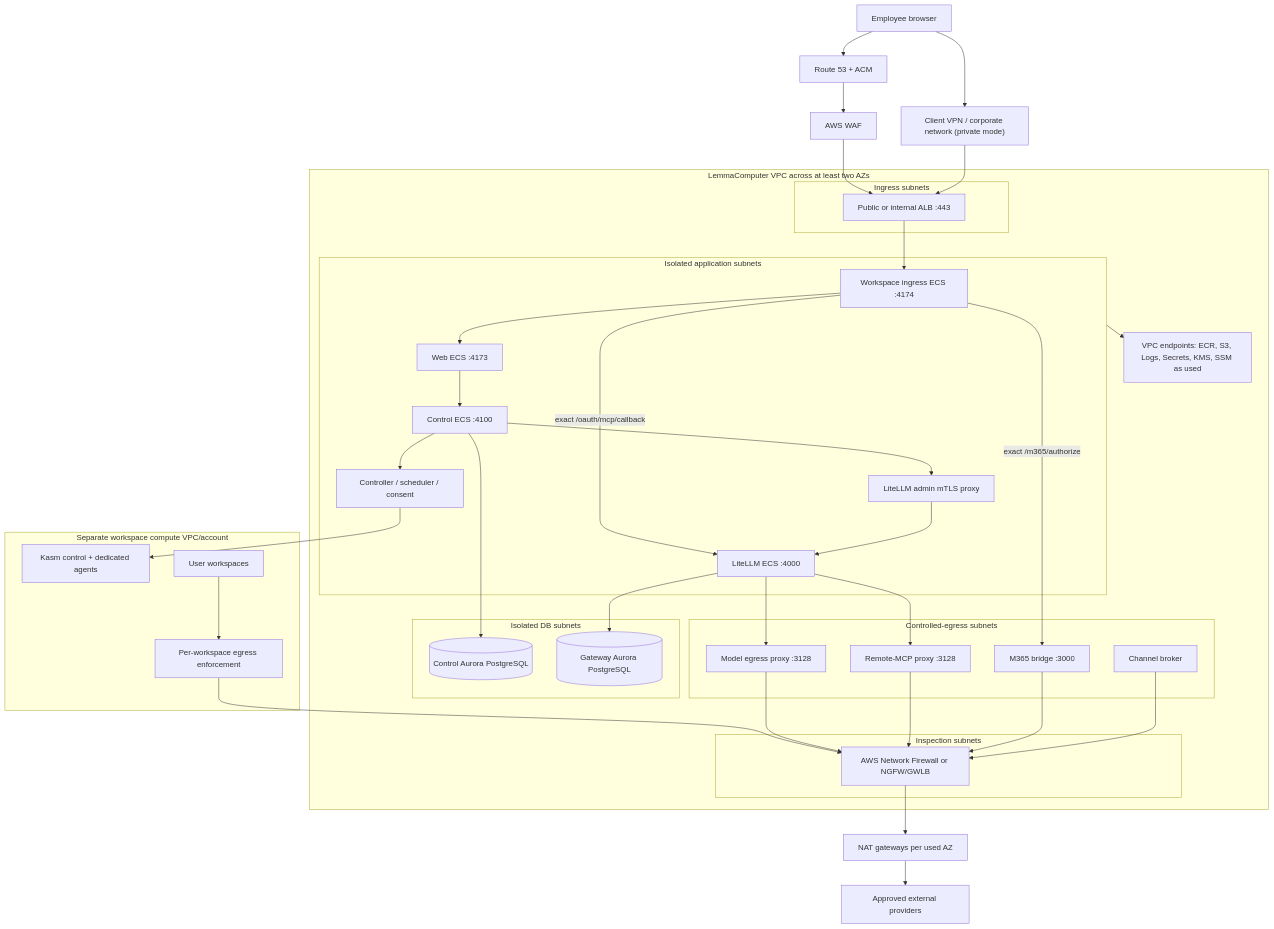
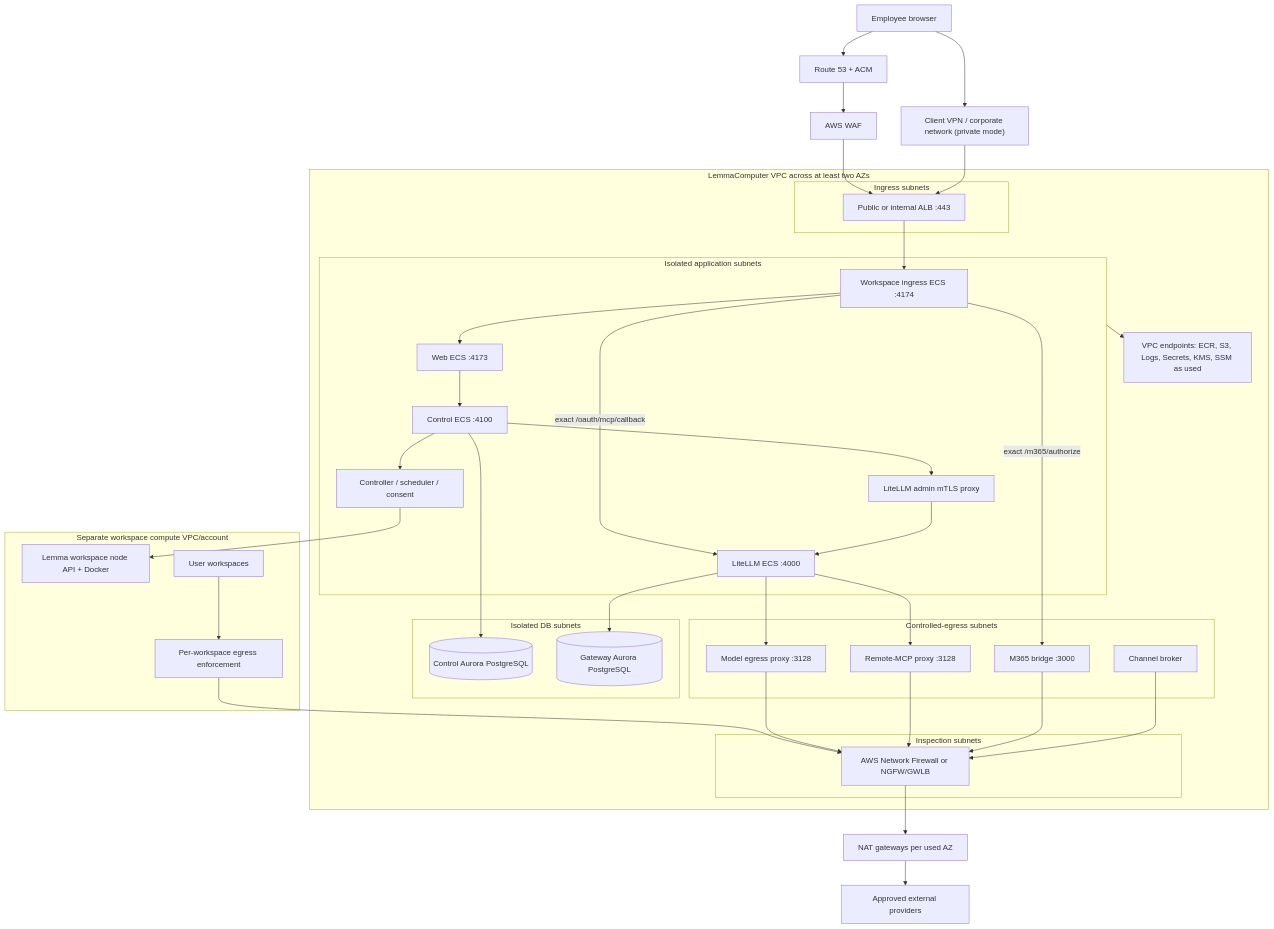
One commit to ONE-Computer/LemmaComputer changed the diagram in docs/deployment/aws-deployment.md. Above: the diagram before and after it, drawn with Mermaid. The commit also changed other lines of this file and 38 other files, not shown here.

Commit message:
feat: add remote Docker workspace nodes

````diff
--- a/docs/deployment/aws-deployment.md
+++ b/docs/deployment/aws-deployment.md
@@ -39,68 +38,68 @@
 ```mermaid
 flowchart TB
   User["Employee browser"]
   VPN["Client VPN / corporate network (private mode)"]
   DNS["Route 53 + ACM"]
   WAF["AWS WAF"]
   ALB["Public or internal ALB :443"]
 
   subgraph VPC["LemmaComputer VPC across at least two AZs"]
     subgraph IngressSubnets["Ingress subnets"]
       ALB
     end
 
     subgraph AppSubnets["Isolated application subnets"]
       Ingress["Workspace ingress ECS :4174"]
       Web["Web ECS :4173"]
       Control["Control ECS :4100"]
       Workers["Controller / scheduler / consent"]
       LiteLLM["LiteLLM ECS :4000"]
       AdminProxy["LiteLLM admin mTLS proxy"]
     end
 
     subgraph EgressSubnets["Controlled-egress subnets"]
       ModelProxy["Model egress proxy :3128"]
       McpProxy["Remote-MCP proxy :3128"]
       M365["M365 bridge :3000"]
       Channel["Channel broker"]
     end
 
     subgraph DbSubnets["Isolated DB subnets"]
       ControlDB[("Control Aurora PostgreSQL")]
       GatewayDB[("Gateway Aurora PostgreSQL")]
     end
 
     subgraph InspectionSubnets["Inspection subnets"]
       Firewall["AWS Network Firewall or NGFW/GWLB"]
     end
 
     Endpoints["VPC endpoints: ECR, S3, Logs, Secrets, KMS, SSM as used"]
   end
 
   subgraph WorkspaceBoundary["Separate workspace compute VPC/account"]
-    Kasm["Kasm control + dedicated agents"]
+    Kasm["Lemma workspace node API + Docker"]
     WorkspaceProxy["Per-workspace egress enforcement"]
     Sandboxes["User workspaces"]
   end
 
   NAT["NAT gateways per used AZ"]
   Internet["Approved external providers"]
 
   User --> DNS --> WAF --> ALB --> Ingress
   User --> VPN --> ALB
   Ingress --> Web --> Control
   Ingress -->|"exact /oauth/mcp/callback"| LiteLLM
   Ingress -->|"exact /m365/authorize"| M365
   Control --> ControlDB
   LiteLLM --> GatewayDB
   Control --> AdminProxy --> LiteLLM
   Control --> Workers
   Workers --> Kasm
   Sandboxes --> WorkspaceProxy --> Firewall
   LiteLLM --> ModelProxy --> Firewall
   LiteLLM --> McpProxy --> Firewall
   M365 --> Firewall
   Channel --> Firewall
   Firewall --> NAT --> Internet
   AppSubnets --> Endpoints
 ```
````
